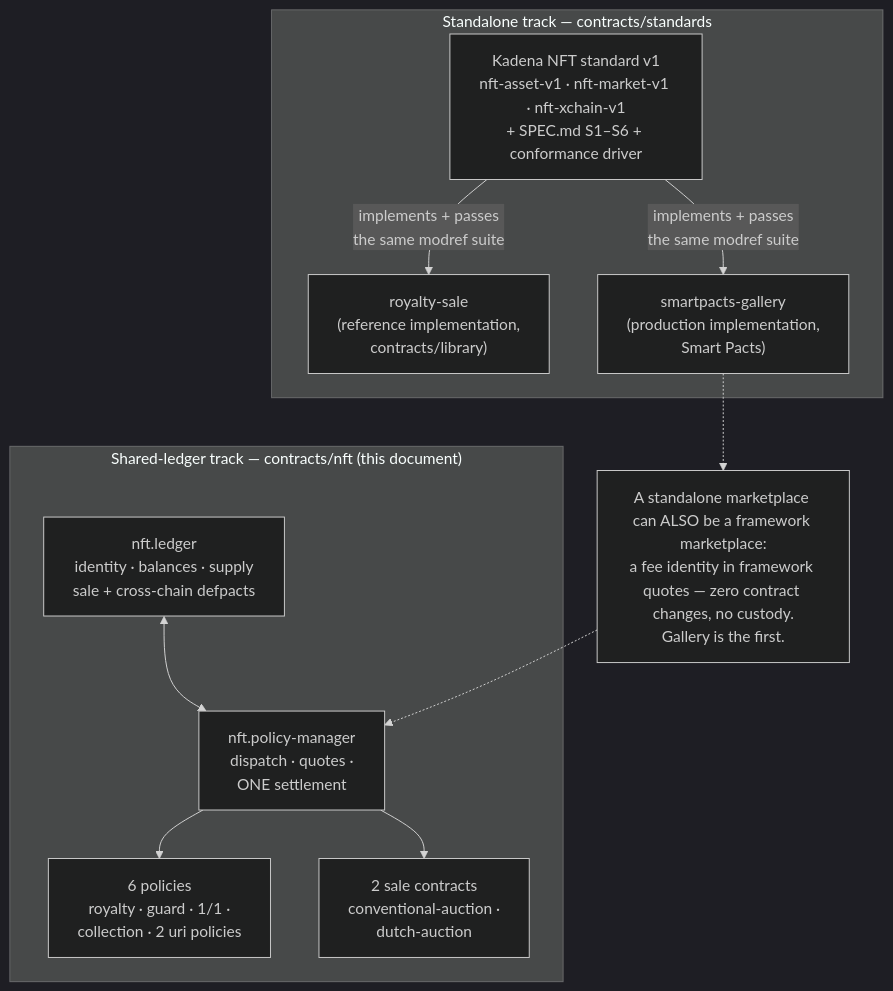
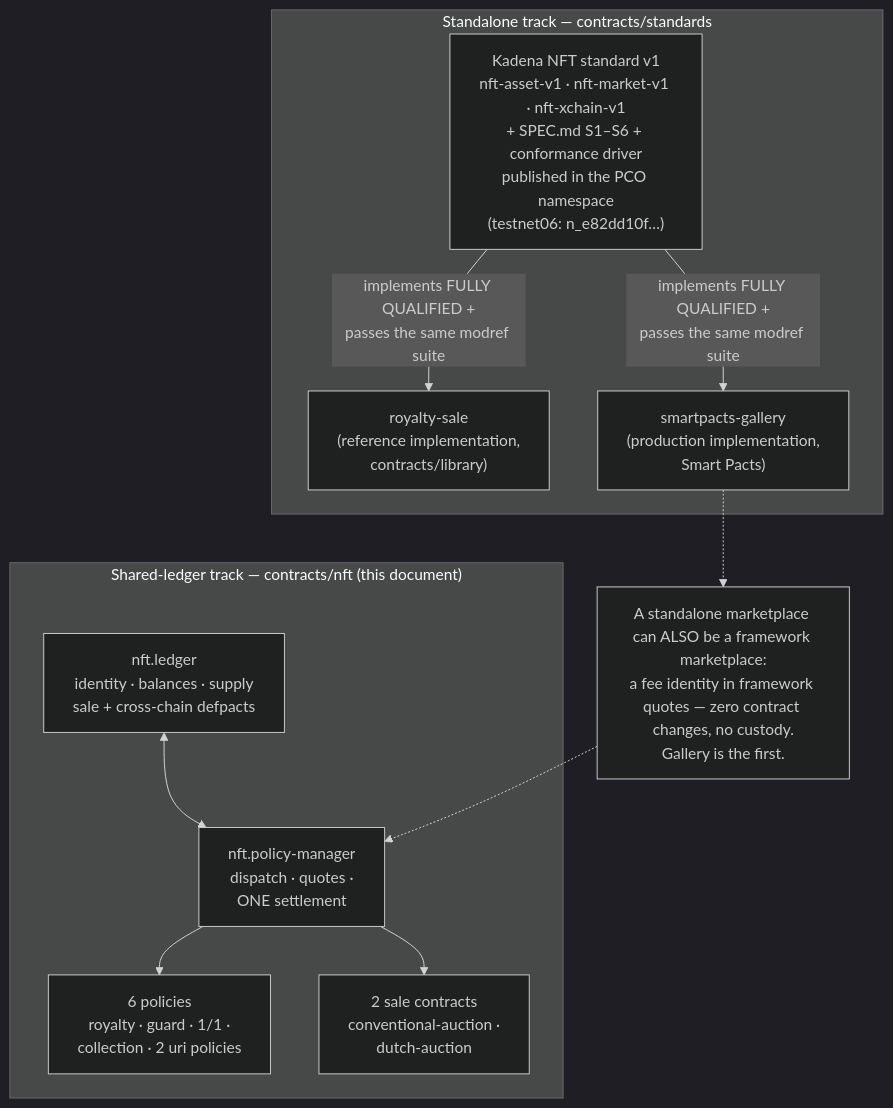
One commit to Pact-Community-Organization/pact-contract-catalog changed the first of 10 diagrams in contracts/nft/TECHNICAL.md. Above: the diagram before and after it, drawn with Mermaid (dark theme). The commit also changed other lines of this file and 16 other files, not shown here.

````diff
--- a/contracts/nft/TECHNICAL.md
+++ b/contracts/nft/TECHNICAL.md
@@ -89,22 +95,22 @@
 ```mermaid
 flowchart TB
     subgraph SHARED["Shared-ledger track — contracts/nft (this document)"]
         LED["nft.ledger<br/>identity · balances · supply<br/>sale + cross-chain defpacts"]
         MGR["nft.policy-manager<br/>dispatch · quotes ·<br/>ONE settlement"]
         POL["6 policies<br/>royalty · guard · 1/1 ·<br/>collection · 2 uri policies"]
         AUC["2 sale contracts<br/>conventional-auction ·<br/>dutch-auction"]
         LED <--> MGR
         MGR --> POL
         MGR --> AUC
     end
     subgraph STANDALONE["Standalone track — contracts/standards"]
-        SPEC["Kadena NFT standard v1<br/>nft-asset-v1 · nft-market-v1 · nft-xchain-v1<br/>+ SPEC.md S1–S6 + conformance driver"]
+        SPEC["Kadena NFT standard v1<br/>nft-asset-v1 · nft-market-v1 · nft-xchain-v1<br/>+ SPEC.md S1–S6 + conformance driver<br/>published in the PCO namespace<br/>(testnet06: n_e82dd10f…)"]
         RS["royalty-sale<br/>(reference implementation,<br/>contracts/library)"]
         GAL["smartpacts-gallery<br/>(production implementation,<br/>Smart Pacts)"]
-        SPEC -->|implements + passes<br/>the same modref suite| RS
-        SPEC -->|implements + passes<br/>the same modref suite| GAL
+        SPEC -->|"implements FULLY QUALIFIED +<br/>passes the same modref suite"| RS
+        SPEC -->|"implements FULLY QUALIFIED +<br/>passes the same modref suite"| GAL
     end
     FEE["A standalone marketplace can ALSO be a framework marketplace:<br/>a fee identity in framework quotes — zero contract changes, no custody.<br/>Gallery is the first."]
     GAL -.-> FEE
     FEE -.-> MGR
 ```
````
